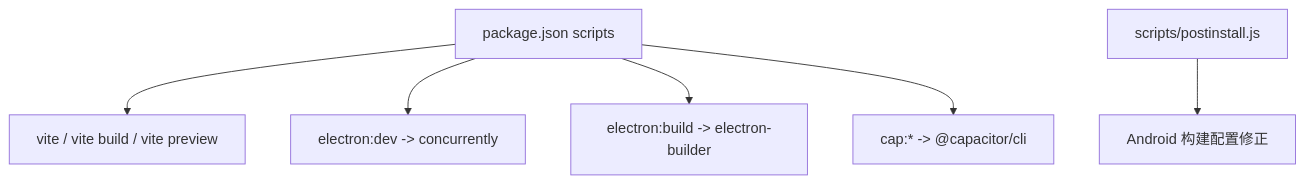
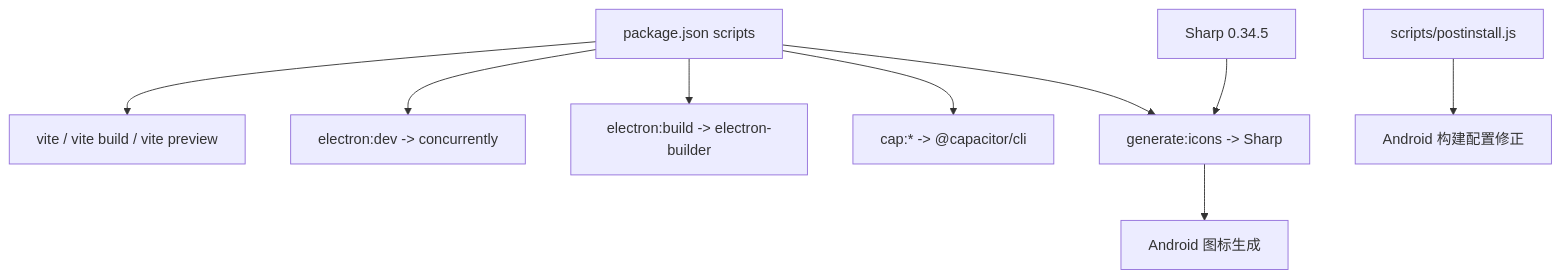
Before and after one commit to xiao-lin-unit/yuan: the tenth of 10 diagrams in .qoder/repowiki/zh/content/构建与部署/Web构建配置.md, drawn with Mermaid. The commit also changed other lines of this file and 11 other files, not shown here.

````diff
--- a/.qoder/repowiki/zh/content/构建与部署/Web构建配置.md
+++ b/.qoder/repowiki/zh/content/构建与部署/Web构建配置.md
@@ -315,8 +392,11 @@
 ```mermaid
 graph TB
 Pkg["package.json scripts"] --> Vite["vite / vite build / vite preview"]
 Pkg --> ElectronDev["electron:dev -> concurrently"]
 Pkg --> ElectronBuild["electron:build -> electron-builder"]
 Pkg --> CapacitorCLI["cap:* -> @capacitor/cli"]
+Pkg --> IconGen["generate:icons -> Sharp"]
 Post["scripts/postinstall.js"] --> Android["Android 构建配置修正"]
+Sharp["Sharp 0.34.5"] --> IconGen
+IconGen --> AndroidIcons["Android 图标生成"]
 ```
````
